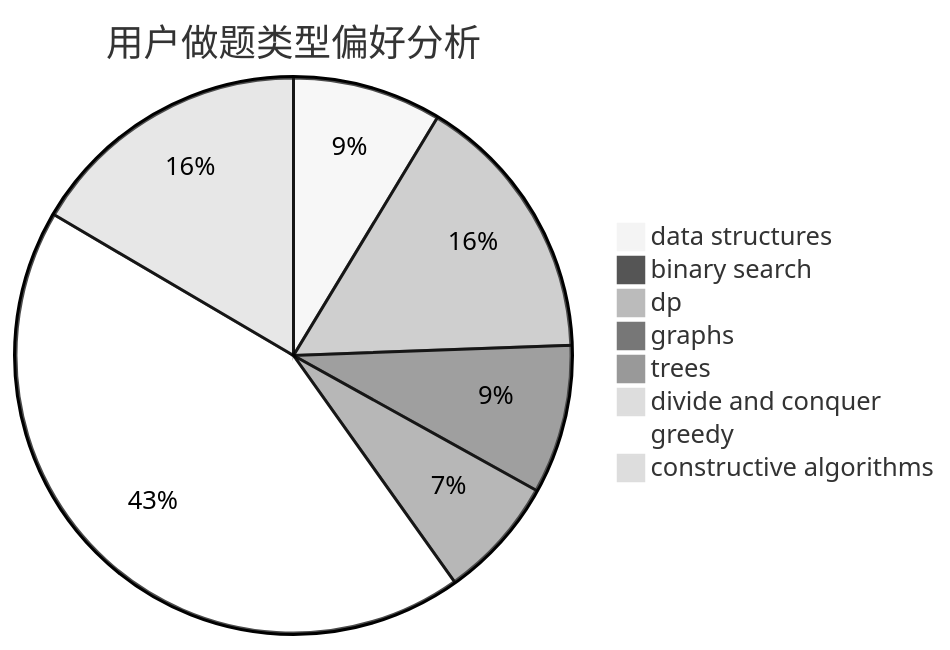
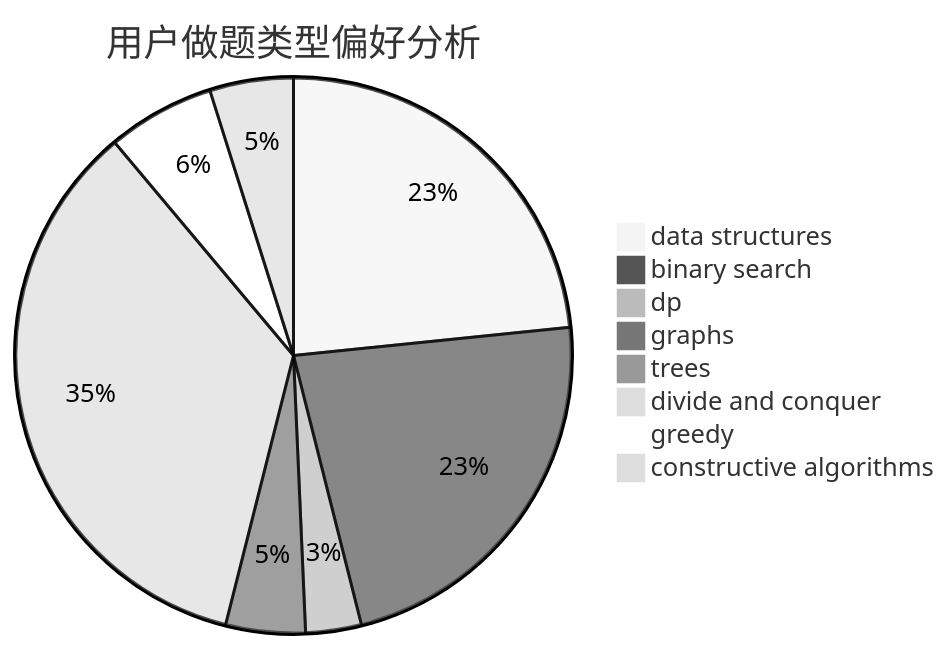
Before and after one commit to sherpahu/cfrs.github.io: the second of 3 diagrams in docs/user/u1341.md, drawn with Mermaid (neutral theme). The commit also changed other lines of this file and 2770 other files, not shown here.

````diff
--- a/docs/user/u1341.md
+++ b/docs/user/u1341.md
@@ -23,11 +23,11 @@
 ```mermaid
 pie title 用户做题类型偏好分析
-    "data structures" :  11
-    "binary search" :  1
-    "dp" :  20
-    "graphs" :  11
-    "trees" :  9
-    "divide and conquer" :  0
-    "greedy" :  55
+    "data structures" :  101
+    "binary search" :  98
+    "dp" :  14
+    "graphs" :  20
+    "trees" :  0
+    "divide and conquer" :  151
+    "greedy" :  27
     "constructive algorithms" :  21
 ```
````
